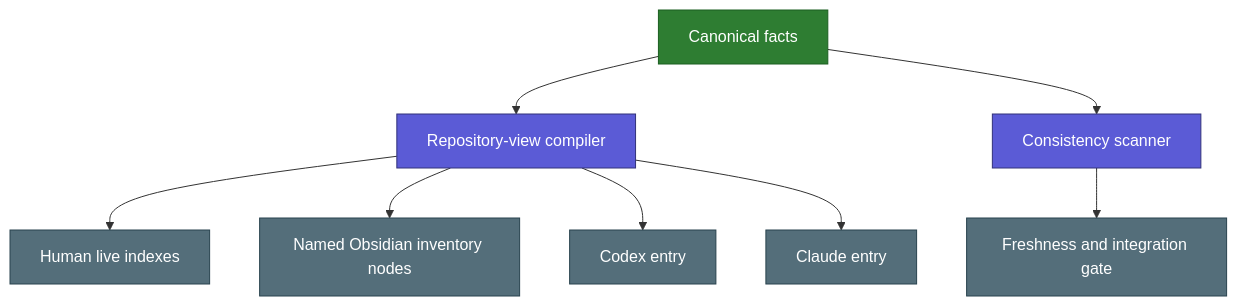
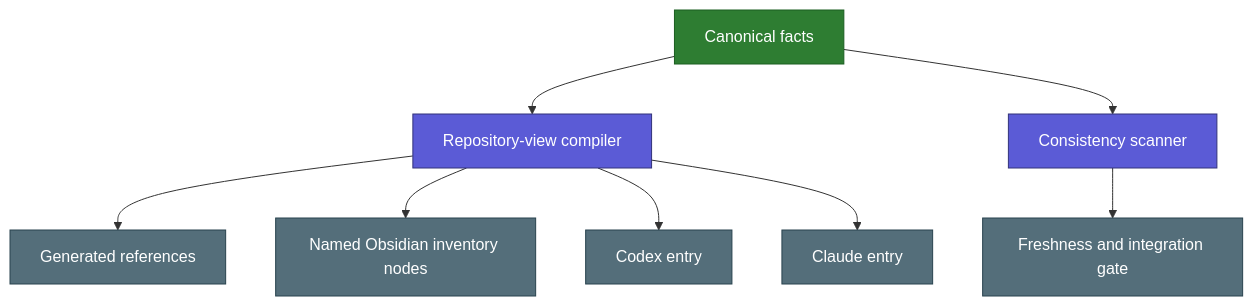
The diagram in docs/SHARED_DOCUMENTATION_MODEL.md (geekybobz/skills_ai), drawn with Mermaid before and after one commit. The commit also changed other lines of this file and 53 other files, not shown here.

````diff
--- a/docs/SHARED_DOCUMENTATION_MODEL.md
+++ b/docs/SHARED_DOCUMENTATION_MODEL.md
@@ -27,17 +27,17 @@
 ```mermaid
 flowchart TD
     F["Canonical facts"] --> G["Repository-view compiler"]
     F --> S["Consistency scanner"]
-    G --> H["Human live indexes"]
+    G --> H["Generated references"]
     G --> O["Named Obsidian inventory nodes"]
     G --> C["Codex entry"]
     G --> L["Claude entry"]
     S --> V["Freshness and integration gate"]
 
     classDef source fill:#2E7D32,color:#fff,stroke:#1B5E20
     classDef action fill:#5B5BD6,color:#fff,stroke:#32327A
     classDef result fill:#546E7A,color:#fff,stroke:#29434E
     class F source
     class G,S action
     class H,O,C,L,V result
 ```
````
